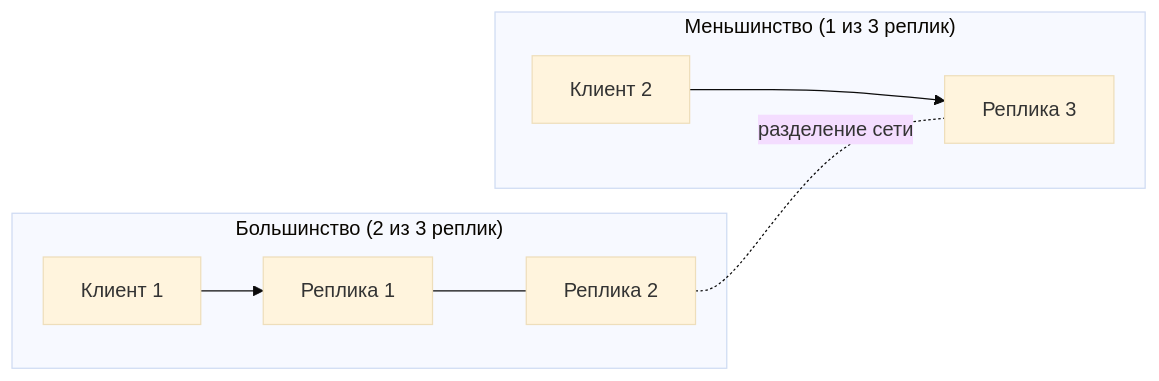
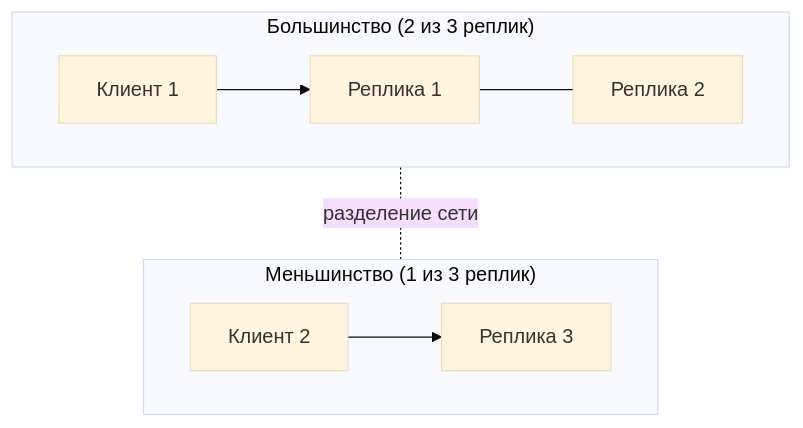
One commit to butyavk/system-design changed the diagram in src/content/docs/ru/fundamentals/cap-theorem.mdx. Above: the diagram before and after it, drawn with Mermaid (base theme). The commit also changed 144 other files, not shown here.

````diff
--- a/src/content/docs/ru/fundamentals/cap-theorem.mdx
+++ b/src/content/docs/ru/fundamentals/cap-theorem.mdx
@@ -33,11 +33,13 @@
 ```mermaid
-flowchart LR
+flowchart TB
   subgraph sideA["Большинство (2 из 3 реплик)"]
+    direction LR
     c1["Клиент 1"] --> r1["Реплика 1"]
     r1 --- r2["Реплика 2"]
   end
   subgraph sideB["Меньшинство (1 из 3 реплик)"]
+    direction LR
     c2["Клиент 2"] --> r3["Реплика 3"]
   end
-  r2 -.-|"разделение сети"| r3
+  sideA -.-|"разделение сети"| sideB
 ```
````
